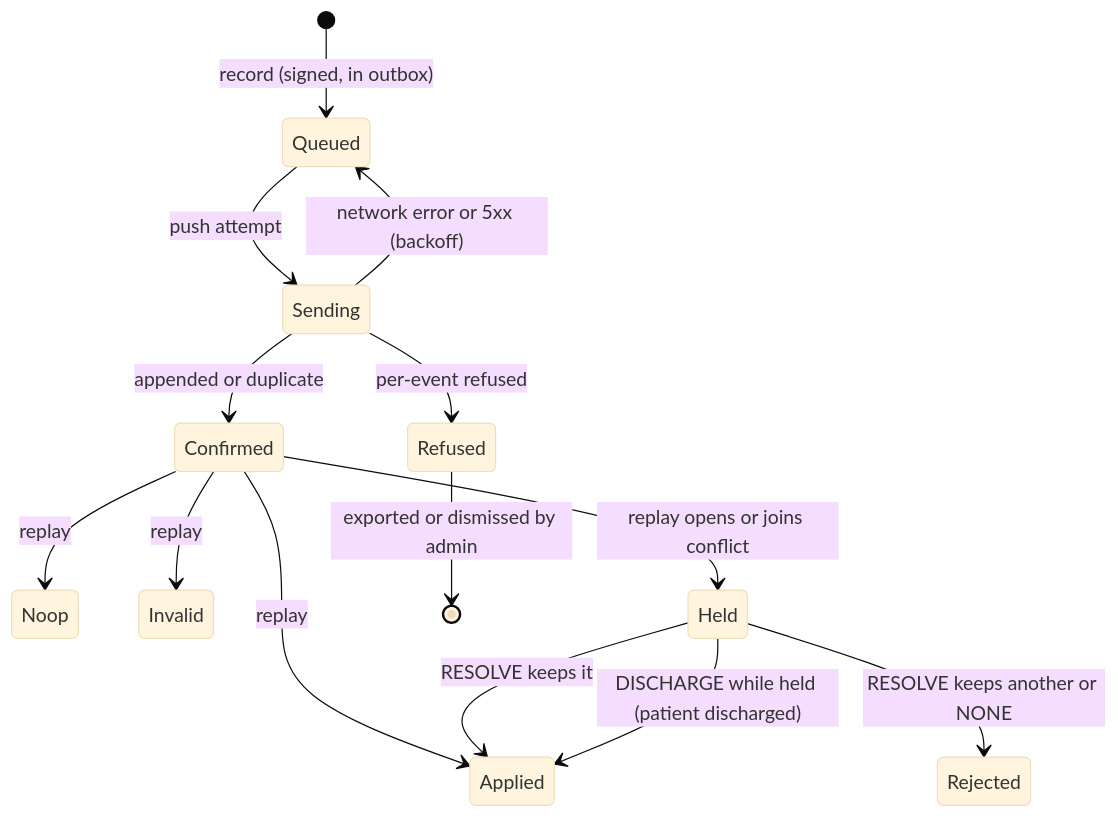
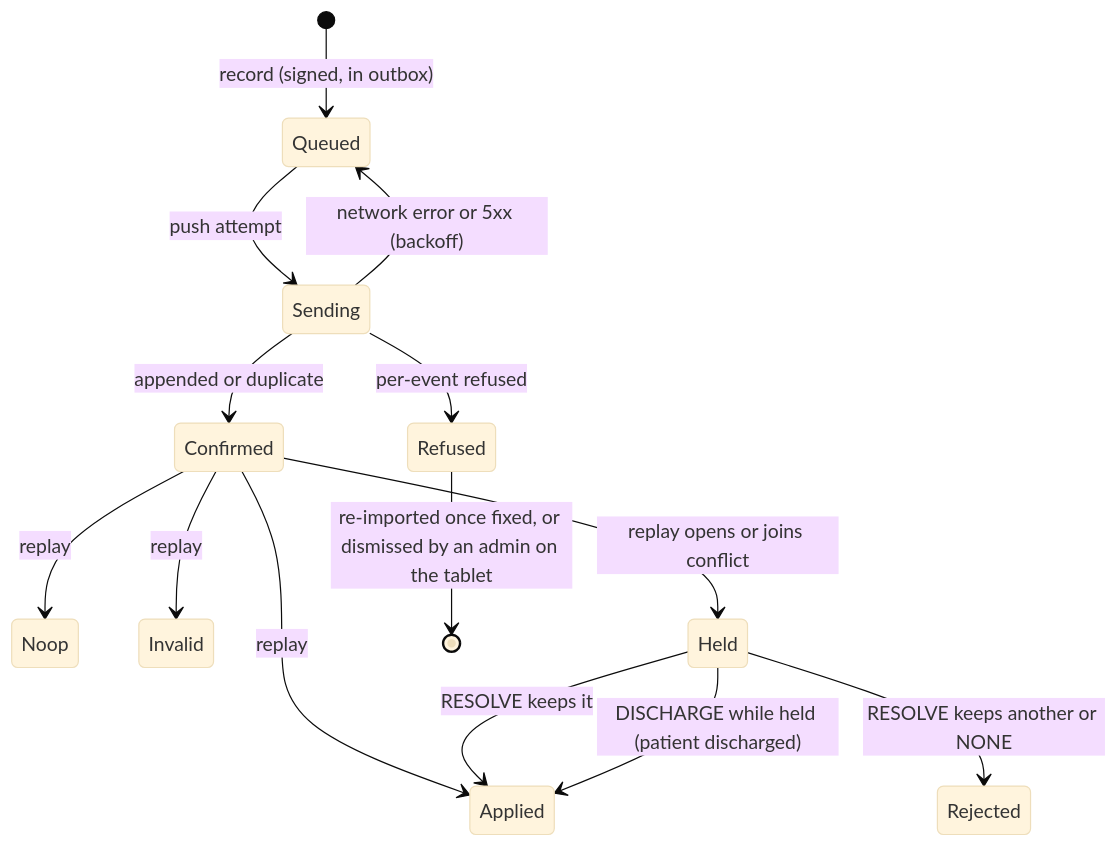
One commit to 5-Vighnesh-0/ward-downtime changed the fourth of 5 diagrams in design.md. Above: the diagram before and after it, drawn with Mermaid (base theme). The commit also changed other lines of this file and 26 other files, not shown here.

````diff
--- a/design.md
+++ b/design.md
@@ -703,16 +704,16 @@
 ```mermaid
 stateDiagram-v2
   [*] --> Queued: record (signed, in outbox)
   Queued --> Sending: push attempt
   Sending --> Queued: network error or 5xx (backoff)
   Sending --> Refused: per-event refused
   Sending --> Confirmed: appended or duplicate
   Confirmed --> Applied: replay
   Confirmed --> Noop: replay
   Confirmed --> Invalid: replay
   Confirmed --> Held: replay opens or joins conflict
   Held --> Applied: RESOLVE keeps it
   Held --> Rejected: RESOLVE keeps another or NONE
   Held --> Applied: DISCHARGE while held (patient discharged)
-  Refused --> [*]: exported or dismissed by admin
+  Refused --> [*]: re-imported once fixed, or dismissed by an admin on the tablet
 ```
````
